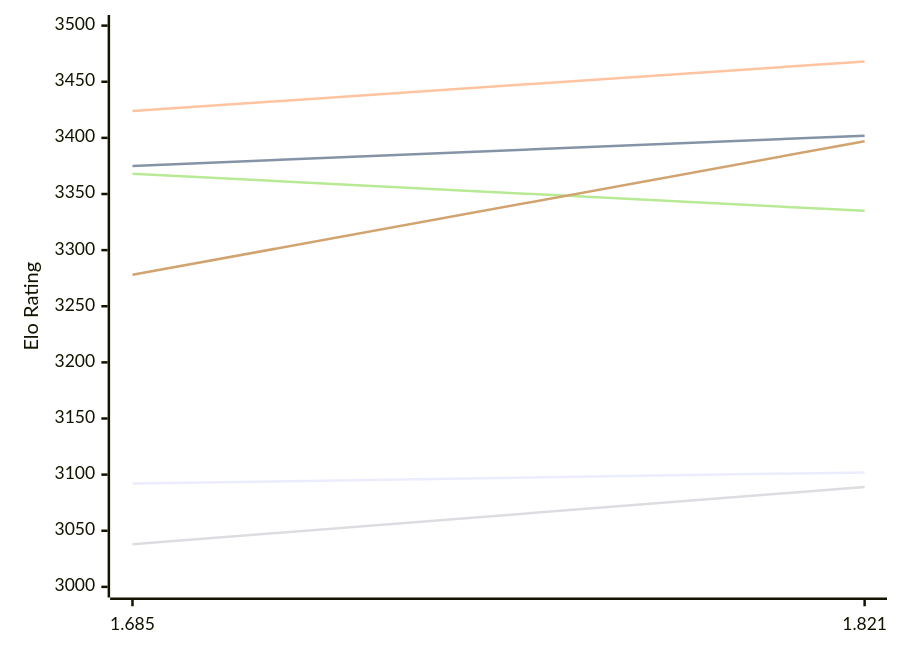
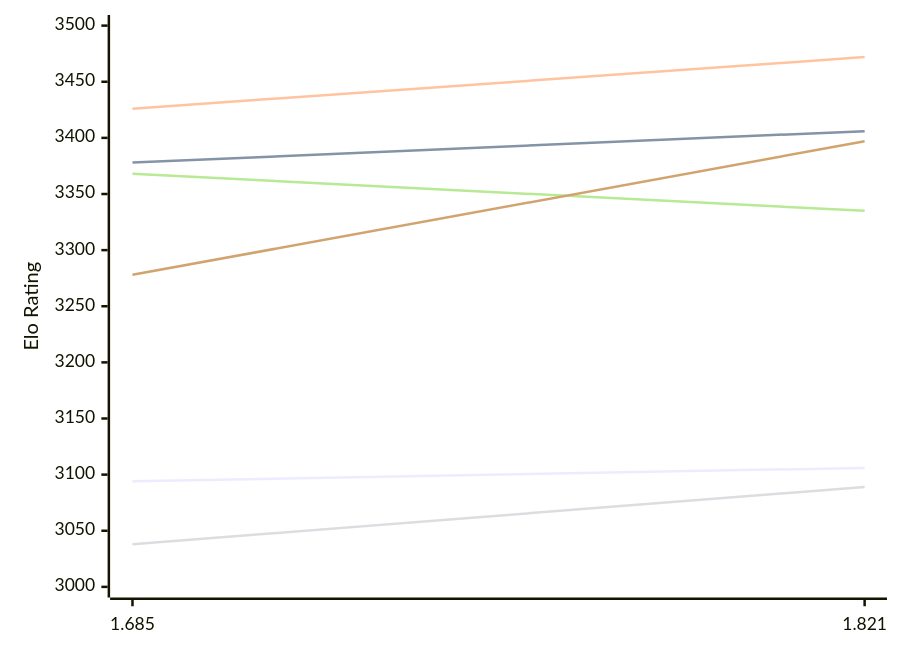
One commit to computer-chess-index/cci changed the first of 2 diagrams in engines/Malika.md. Above: the diagram before and after it, drawn with Mermaid. The commit also changed other lines of this file, not shown here.

Commit message:
Update CCI Ratings (ELO VLTC) - 2026-11-22

````diff
--- a/engines/Malika.md
+++ b/engines/Malika.md
@@ -54,12 +54,12 @@
 ```mermaid
 %%{init: {"theme":"base","themeVariables":{"seriesColors:['#a3a3a3','#222221','#faa371']}}}%%
 xychart-beta
   x-axis ["1.685", "1.821"]
   y-axis "Elo Rating" 3000 --> 3500
-  line "E1: STC (8.0+0.08s)" [3092, 3102]
-  line "E1: LTC (60.0+0.60s)" [3375, 3402]
-  line "E1: VLTC (2m24s+1.12s)" [3424, 3468]
+  line "E1: STC (8.0+0.08s)" [3094, 3106]
+  line "E1: LTC (60.0+0.60s)" [3378, 3406]
+  line "E1: VLTC (2m24s+1.12s)" [3426, 3472]
   line "P1: STC (8.0+0.08s)" [3038, 3089]
   line "P1: LTC (60.0+0.60s)" [3368, 3335]
   line "P1: VLTC (2m24s+1.12s)" [3278, 3397]
 ```
````
